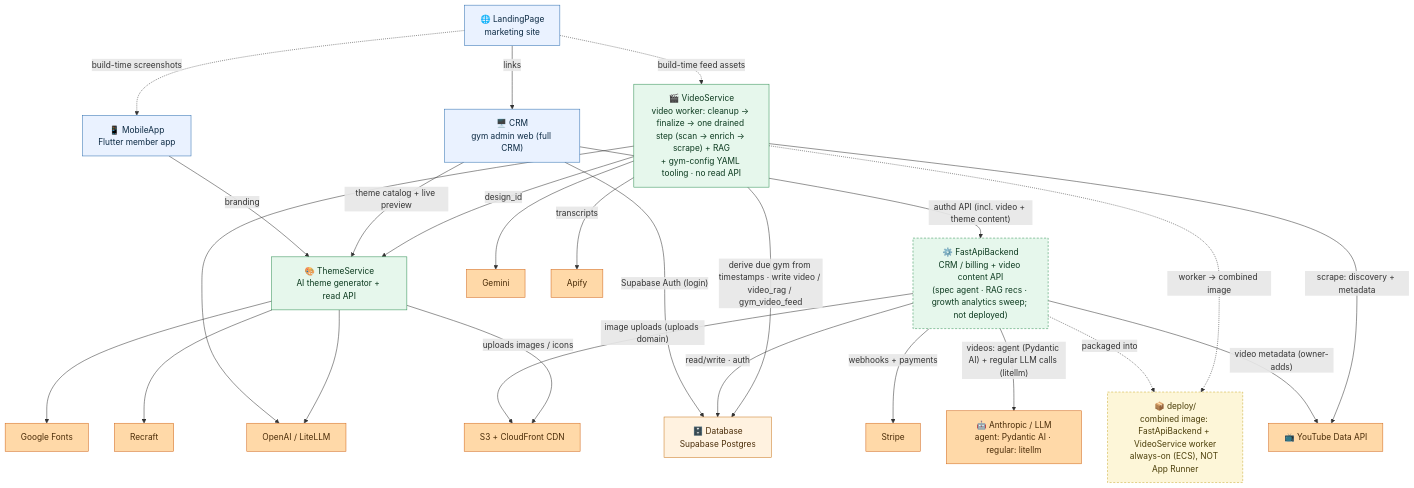
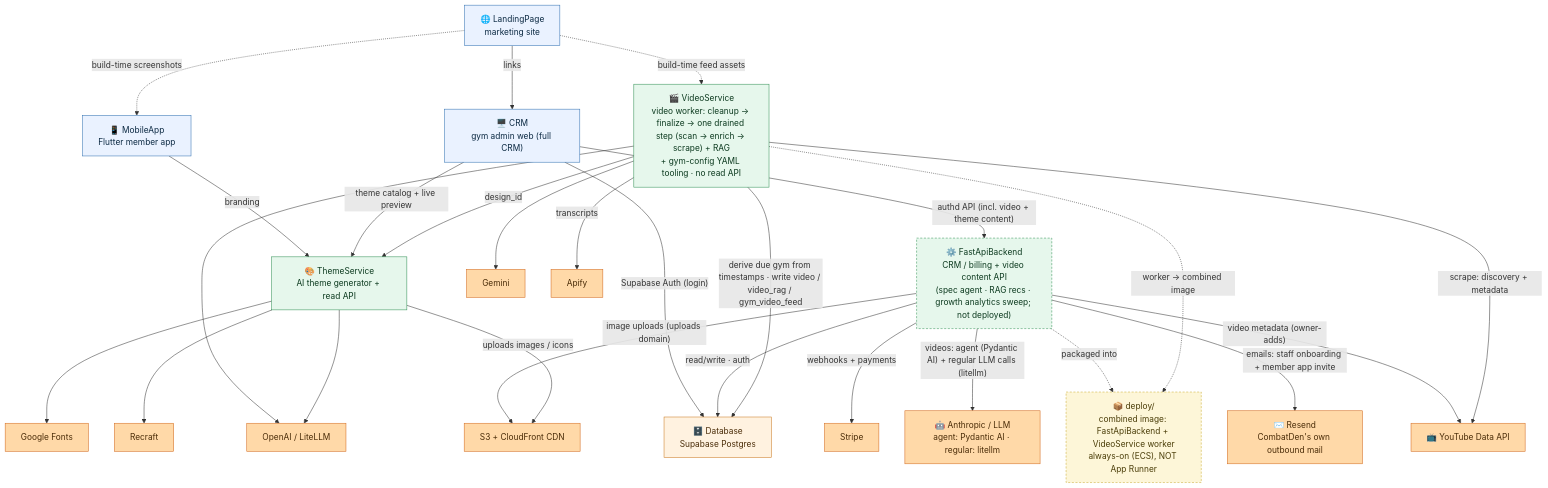
Before and after one commit to jesse51002/CombatDen: the diagram in README.md, drawn with Mermaid. The commit also changed other lines of this file and 16 other files, not shown here.

````diff
--- a/README.md
+++ b/README.md
@@ -16,60 +16,62 @@
 ```mermaid
 flowchart TB
   MobileApp["📱 MobileApp<br/>Flutter member app"]
   CRM["🖥️ CRM<br/>gym admin web (full CRM)"]
   LandingPage["🌐 LandingPage<br/>marketing site"]
 
   ThemeService["🎨 ThemeService<br/>AI theme generator + read API"]
   VideoService["🎬 VideoService<br/>video worker: cleanup → finalize → one drained step (scan → enrich → scrape) + RAG<br/>+ gym-config YAML tooling · no read API"]
   FastApiBackend["⚙️ FastApiBackend<br/>CRM / billing + video content API<br/>(spec agent · RAG recs · growth analytics sweep; not deployed)"]
 
   Database["🗄️ Database<br/>Supabase Postgres"]
   Deploy["📦 deploy/<br/>combined image: FastApiBackend + VideoService worker<br/>always-on (ECS), NOT App Runner"]
   Stripe["Stripe"]
   LiteLLM["OpenAI / LiteLLM"]
   Gemini["Gemini"]
   Apify["Apify"]
   YouTube["📺 YouTube Data API"]
   GoogleFonts["Google Fonts"]
   Recraft["Recraft"]
   CDN["S3 + CloudFront CDN"]
   LLMProvider["🤖 Anthropic / LLM<br/>agent: Pydantic AI · regular: litellm"]
+  Resend["✉️ Resend<br/>CombatDen's own outbound mail"]
 
   MobileApp -->|"branding"| ThemeService
   CRM -->|"theme catalog + live preview"| ThemeService
   CRM -->|"authd API (incl. video + theme content)"| FastApiBackend
   CRM -->|"Supabase Auth (login)"| Database
   LandingPage -->|"links"| CRM
   LandingPage -.->|"build-time screenshots"| MobileApp
   LandingPage -.->|"build-time feed assets"| VideoService
   VideoService -->|"design_id"| ThemeService
   FastApiBackend -->|"read/write · auth"| Database
   VideoService -->|"derive due gym from timestamps · write video / video_rag / gym_video_feed"| Database
   FastApiBackend -->|"webhooks + payments"| Stripe
   FastApiBackend -->|"videos: agent (Pydantic AI) + regular LLM calls (litellm)"| LLMProvider
   FastApiBackend -.->|"packaged into"| Deploy
   VideoService -.->|"worker → combined image"| Deploy
   FastApiBackend -->|"image uploads (uploads domain)"| CDN
+  FastApiBackend -->|"emails: staff onboarding + member app invite"| Resend
   FastApiBackend -->|"video metadata (owner-adds)"| YouTube
   VideoService -->|"scrape: discovery + metadata"| YouTube
   VideoService -->|"transcripts"| Apify
   VideoService --> LiteLLM
   VideoService --> Gemini
   ThemeService --> GoogleFonts
   ThemeService --> Recraft
   ThemeService --> LiteLLM
   ThemeService -->|"uploads images / icons"| CDN
 
   classDef client fill:#eaf2ff,stroke:#2f6fb0,color:#0b2942;
   classDef service fill:#e6f7ec,stroke:#2f8f53,color:#0c3a1f;
   classDef data fill:#fff2e0,stroke:#c9781f,color:#4a2c08;
   classDef ext fill:#ffd9a8,stroke:#d2691e,color:#4a2c08;
   classDef tool fill:#fdf6d8,stroke:#caab2f,color:#4a3d08;
   class MobileApp,CRM,LandingPage client;
   class ThemeService,VideoService,FastApiBackend service;
   class Database data;
   class Deploy tool;
-  class Stripe,LiteLLM,Gemini,Apify,YouTube,GoogleFonts,Recraft,CDN,LLMProvider ext;
+  class Stripe,LiteLLM,Gemini,Apify,YouTube,GoogleFonts,Recraft,CDN,LLMProvider,Resend ext;
   style FastApiBackend stroke-dasharray:4 3;
   style Deploy stroke-dasharray:4 3;
 ```
````
